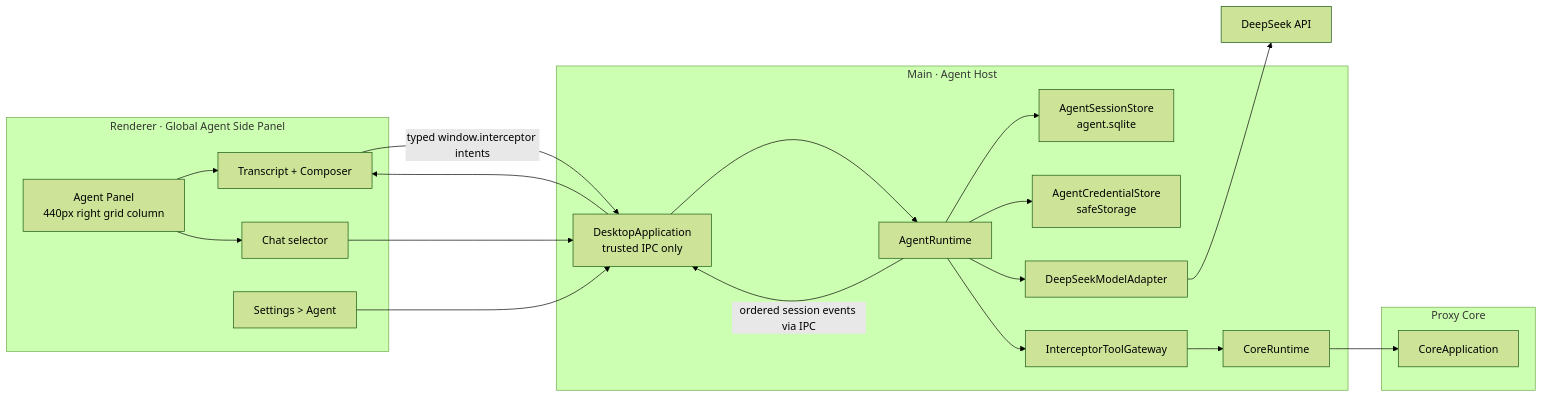
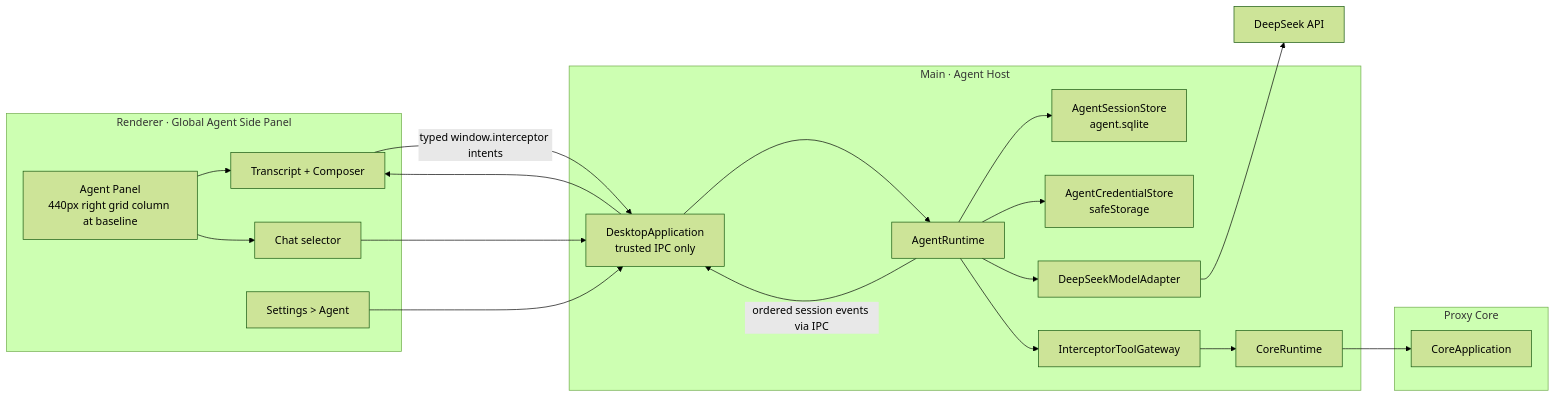
One commit to zhxmt-xm/Interceptor changed the third of 5 diagrams in architecture/features/agent.md. Above: the diagram before and after it, drawn with Mermaid (forest theme). The commit also changed other lines of this file and 45 other files, not shown here.

Commit message:
feat(agent): add unconfigured side panel

````diff
--- a/architecture/features/agent.md
+++ b/architecture/features/agent.md
@@ -269,37 +269,37 @@
 ```mermaid
 flowchart LR
     subgraph R["Renderer · Global Agent Side Panel"]
-      PANEL["Agent Panel\n440px right grid column"]
+      PANEL["Agent Panel\n440px right grid column at baseline"]
       CHAT["Transcript + Composer"]
       SESSIONS["Chat selector"]
       SETTINGS["Settings > Agent"]
     end
 
     subgraph M["Main · Agent Host"]
       IPC["DesktopApplication\ntrusted IPC only"]
         RUNTIME["AgentRuntime"]
         MODEL["DeepSeekModelAdapter"]
         STORE["AgentSessionStore\nagent.sqlite"]
         CREDENTIALS["AgentCredentialStore\nsafeStorage"]
         TOOLS["InterceptorToolGateway"]
         CORE_RUNTIME["CoreRuntime"]
     end
 
     subgraph C["Proxy Core"]
         CORE["CoreApplication"]
     end
 
     API["DeepSeek API"]
 
     PANEL --> CHAT
     PANEL --> SESSIONS
     CHAT -->|"typed window.interceptor intents"| IPC
     SESSIONS --> IPC
     SETTINGS --> IPC
     IPC --> RUNTIME
     RUNTIME --> STORE
     RUNTIME --> CREDENTIALS
     RUNTIME --> MODEL --> API
     RUNTIME --> TOOLS --> CORE_RUNTIME --> CORE
     RUNTIME -->|"ordered session events via IPC"| IPC --> CHAT
 ```
````
